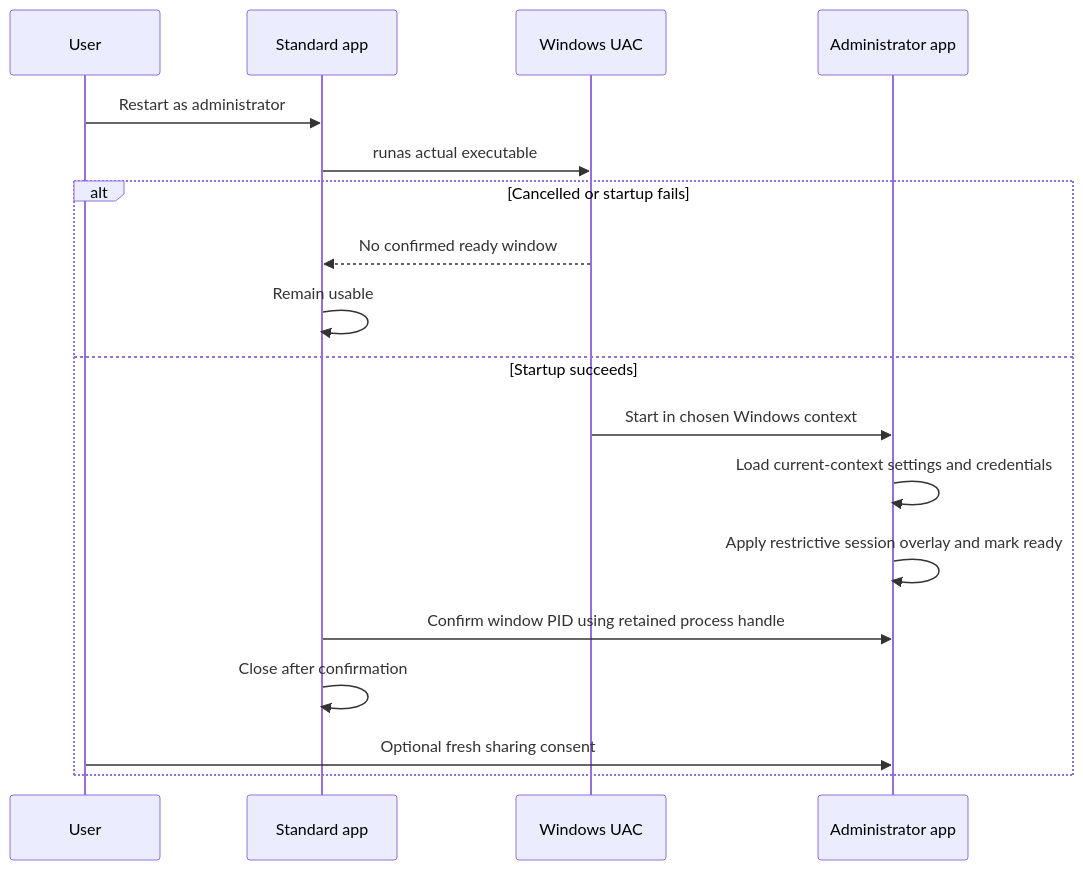
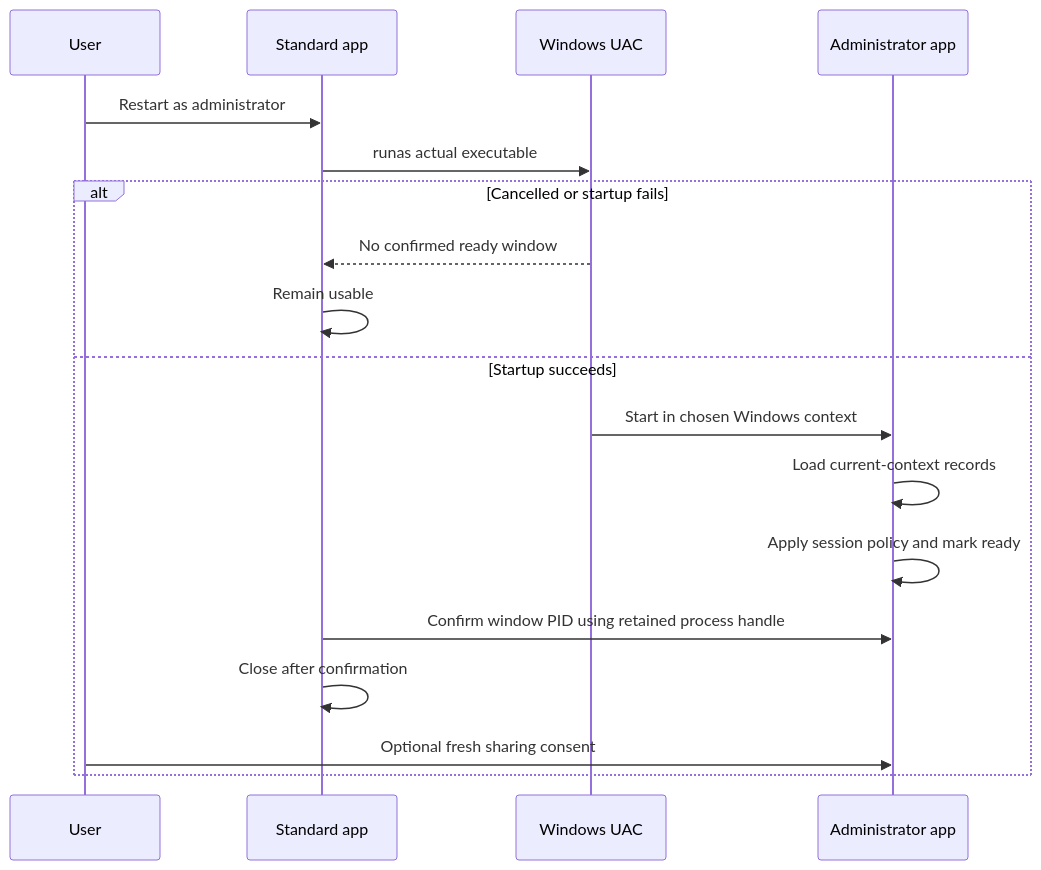
Before and after one commit to kiforsbe/procsight: the first of 22 diagrams in ARCHITECTURE.md, drawn with Mermaid. The commit also changed other lines of this file and 32 other files, not shown here.

Commit message:
fix: harden settings races credentials and session revocation

````diff
--- a/ARCHITECTURE.md
+++ b/ARCHITECTURE.md
@@ -59,20 +59,20 @@
 ```mermaid
 sequenceDiagram
     participant User
     participant Normal as Standard app
     participant Shell as Windows UAC
     participant Admin as Administrator app
     User->>Normal: Restart as administrator
     Normal->>Shell: runas actual executable
     alt Cancelled or startup fails
         Shell-->>Normal: No confirmed ready window
         Normal->>Normal: Remain usable
     else Startup succeeds
         Shell->>Admin: Start in chosen Windows context
-        Admin->>Admin: Load current-context settings and credentials
-        Admin->>Admin: Apply restrictive session overlay and mark ready
+        Admin->>Admin: Load current-context records
+        Admin->>Admin: Apply session policy and mark ready
         Normal->>Admin: Confirm window PID using retained process handle
         Normal->>Normal: Close after confirmation
         User->>Admin: Optional fresh sharing consent
     end
 ```
````
